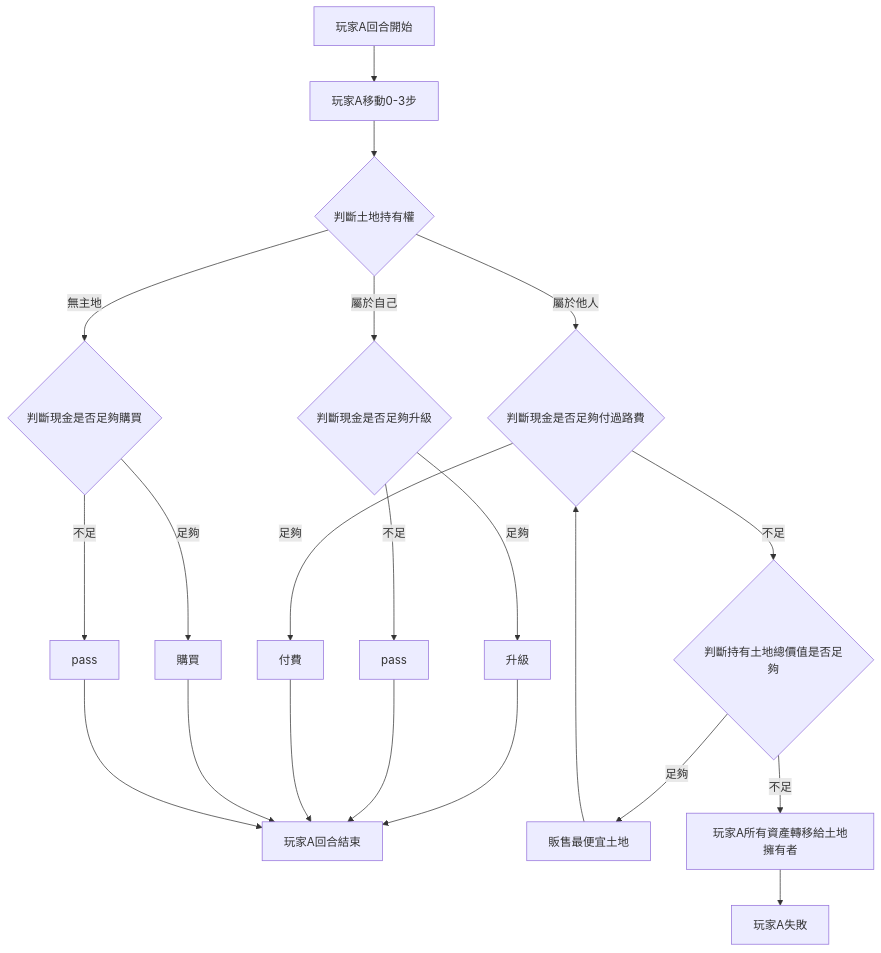
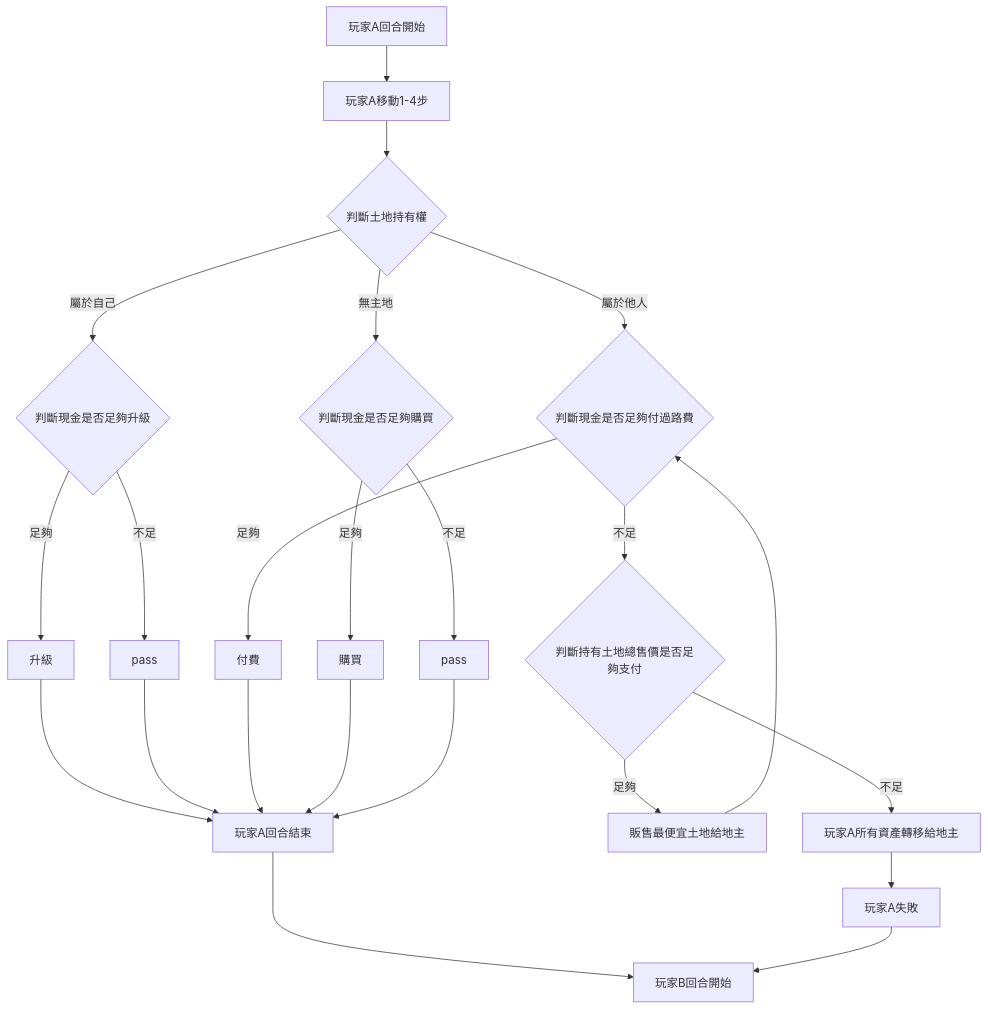
One commit to jihshiann/Monopoly changed the diagram in README.md. Above: the diagram before and after it, drawn with Mermaid. The commit also changed other lines of this file and 12 other files, not shown here.

````diff
--- a/README.md
+++ b/README.md
@@ -24,26 +29,28 @@
 ```mermaid
 graph TD
-    A[玩家A回合開始] --> B[玩家A移動0-3步] ;
+    A[玩家A回合開始] --> B[玩家A移動1-4步] ;
     B -->C{判斷土地持有權} ;
     
     C -->|屬於自己| D{判斷現金是否足夠升級};
     D -->|足夠| E[升級];
     E -->F[玩家A回合結束] ;
     D -->|不足| G[pass];
     G -->F;
     
     C -->|屬於他人| H{判斷現金是否足夠付過路費};
     H -->|足夠| I[付費];
     I -->F;
-    H -->|不足| J{判斷持有土地總價值是否足夠};
-    J -->|足夠| K[販售最便宜土地];
+    H -->|不足| J{判斷持有土地總售價是否足夠支付};
+    J -->|足夠| K[販售最便宜土地給地主];
     K -->H
-    J -->|不足| L[玩家A所有資產轉移給土地擁有者];
+    J -->|不足| L[玩家A所有資產轉移給地主];
     L -->M[玩家A失敗] ;
     
     C -->|無主地| N{判斷現金是否足夠購買};
     N -->|足夠| O[購買];
     O -->F;
     N -->|不足| P[pass];
     P -->F;
+    F -->Q[玩家B回合開始]
+    M -->Q
 ```
````
